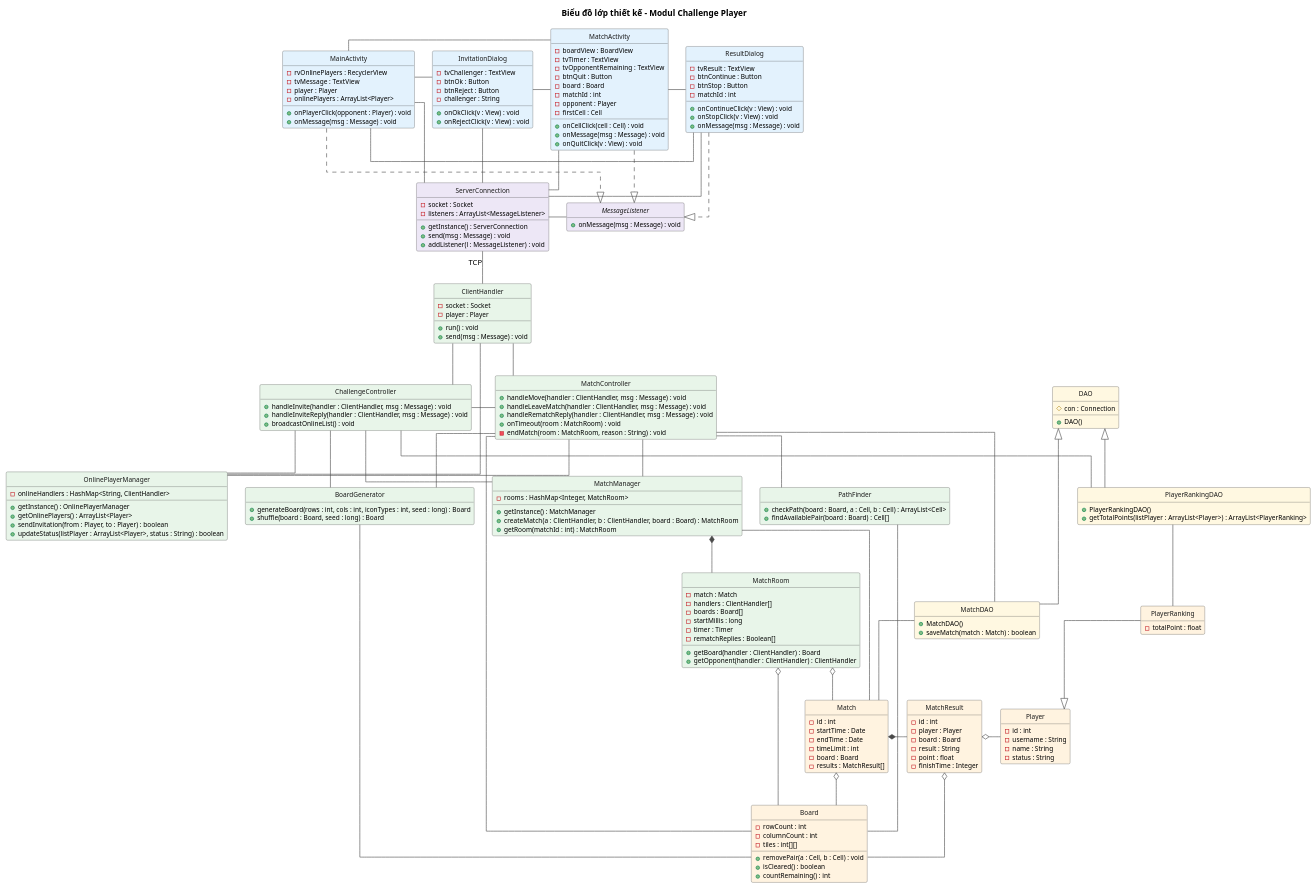
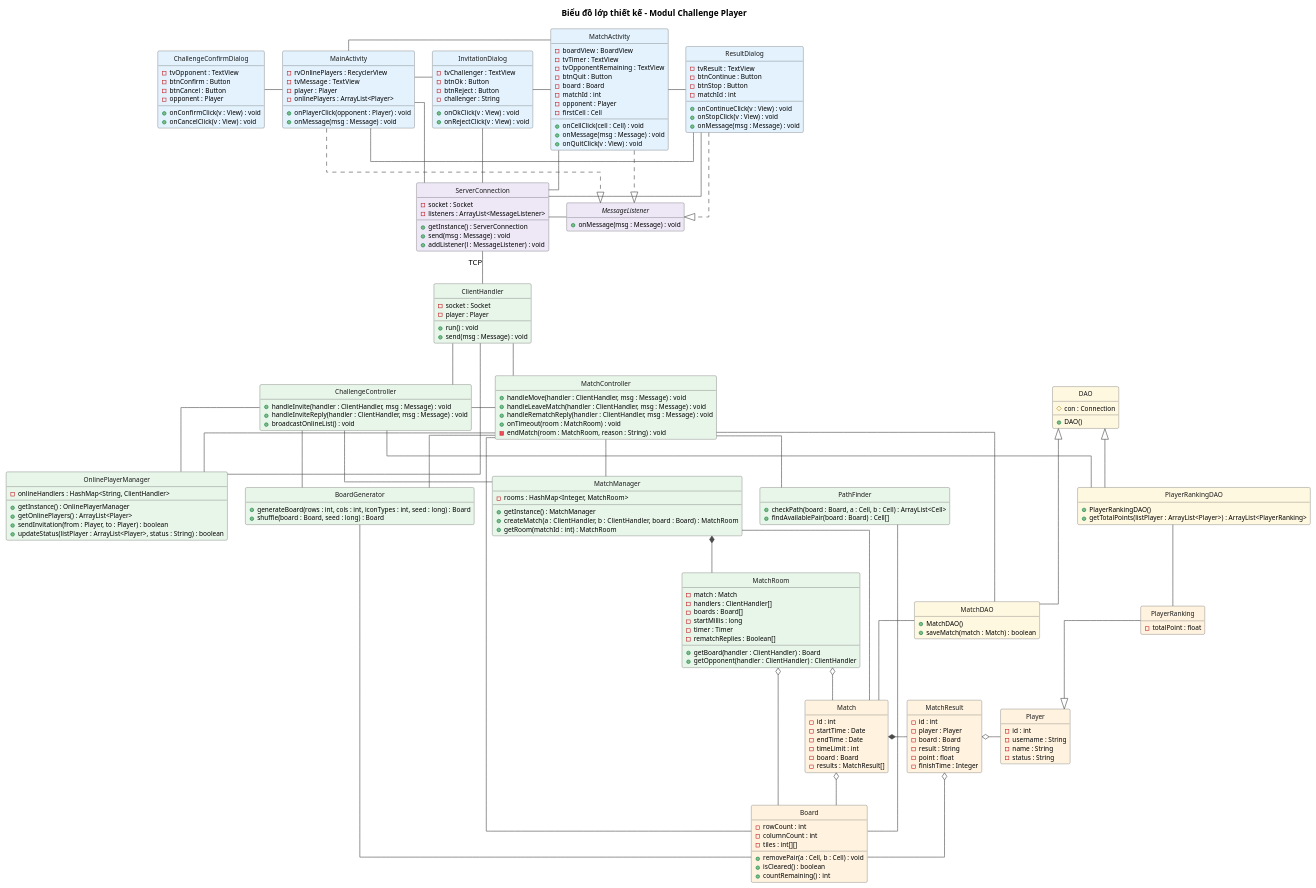
One commit to VattenL/mobile-pikachu changed the diagram in docs/uml/pha3/class-design-m3.puml. Above: the diagram before and after it, drawn with PlantUML. The commit also changed 25 other files, not shown here.

First line of the commit message:
docs: apply team review on use cases and challenge flow

```diff
--- a/docs/uml/pha3/class-design-m3.puml
+++ b/docs/uml/pha3/class-design-m3.puml
@@ -23,6 +23,15 @@
   - onlinePlayers : ArrayList<Player>
   + onPlayerClick(opponent : Player) : void
   + onMessage(msg : Message) : void
+}
+
+class ChallengeConfirmDialog #E3F2FD {
+  - tvOpponent : TextView
+  - btnConfirm : Button
+  - btnCancel : Button
+  - opponent : Player
+  + onConfirmClick(v : View) : void
+  + onCancelClick(v : View) : void
 }
 
 class InvitationDialog #E3F2FD {
@@ -185,6 +194,7 @@
 }
 
 ' giao dien
+MainActivity -left- ChallengeConfirmDialog
 MainActivity -right- InvitationDialog
 InvitationDialog -right- MatchActivity
 MatchActivity -right- ResultDialog
```
